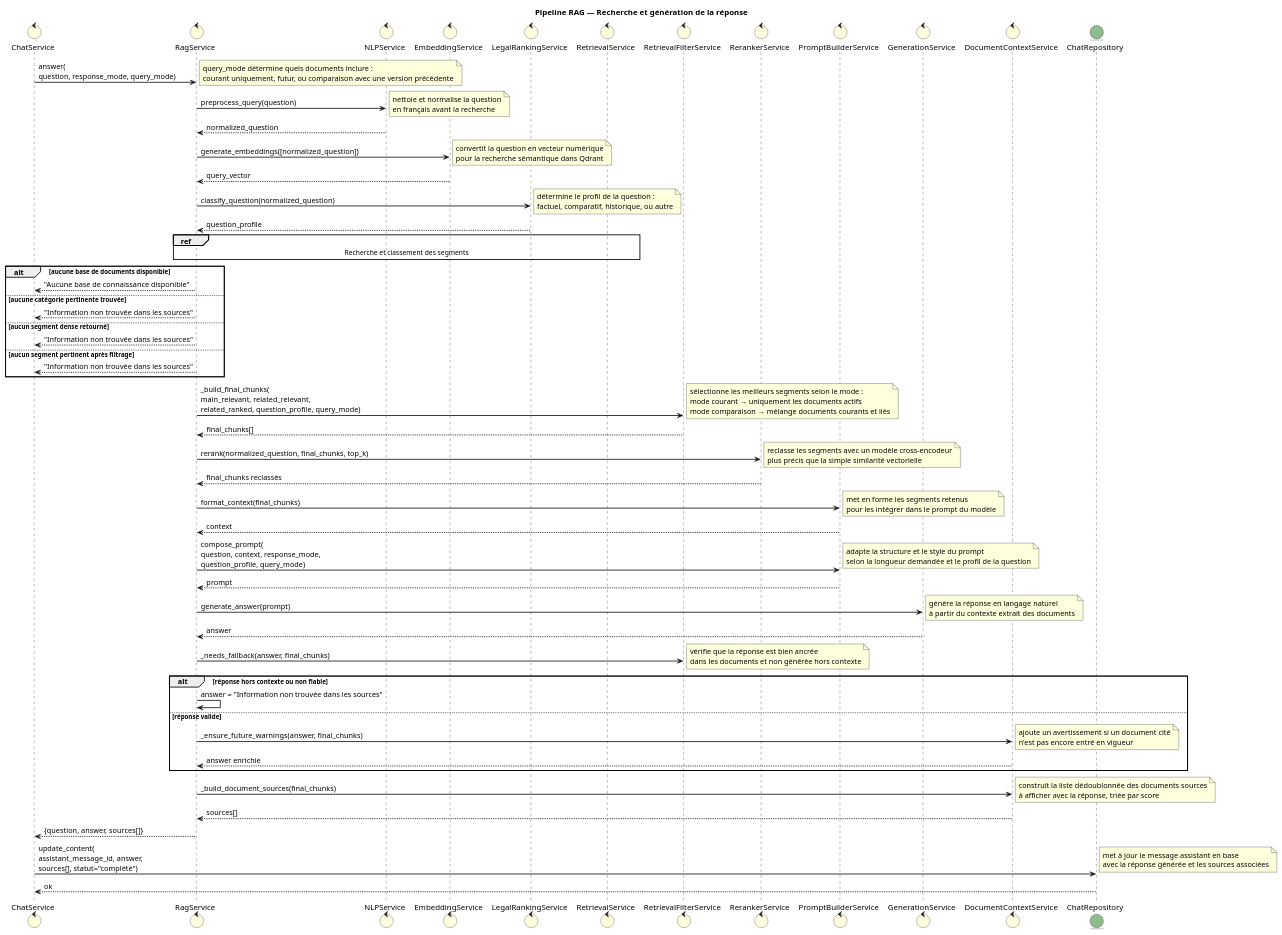
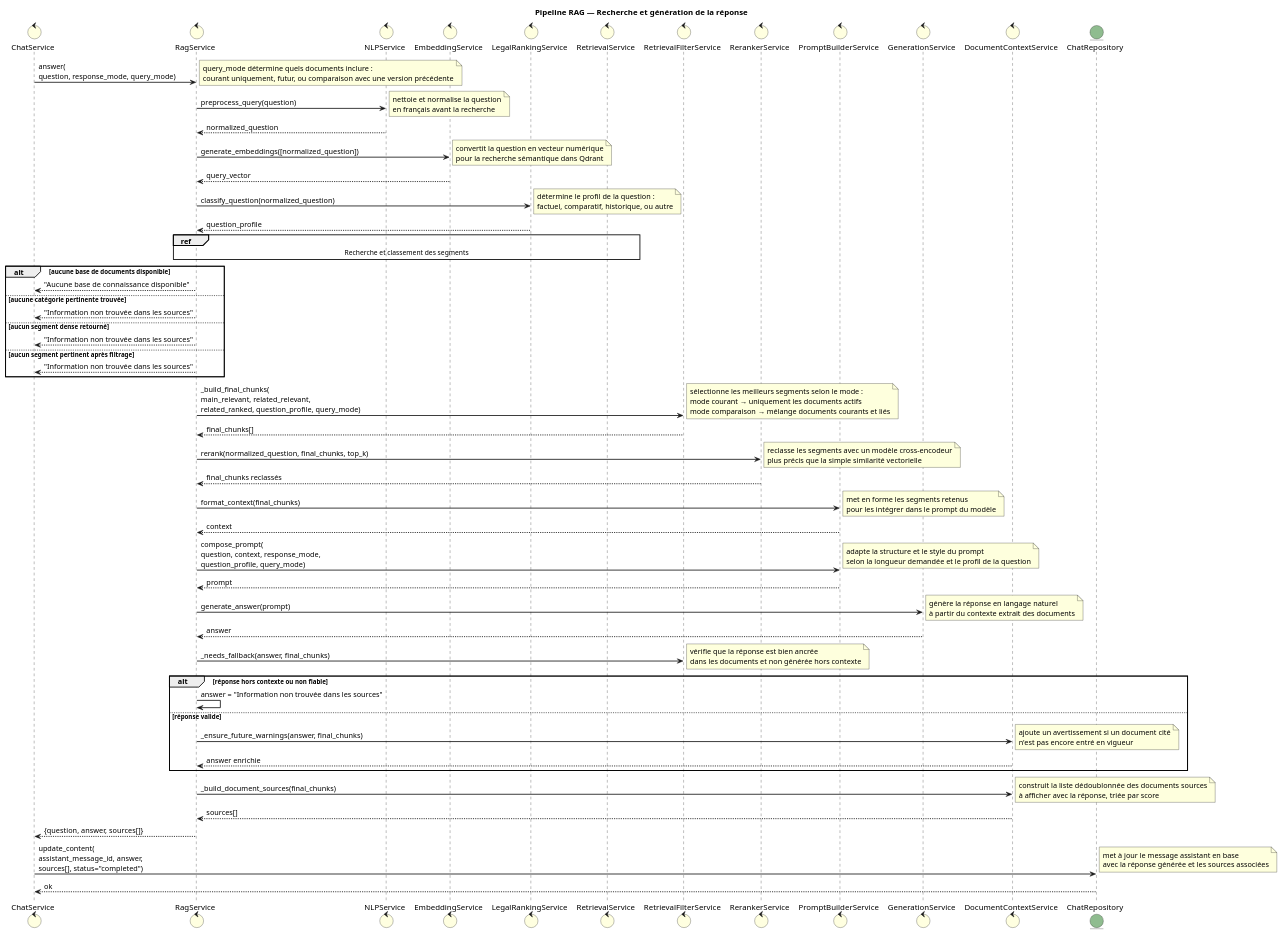
Before and after one commit to stagepfe2026/finance_rag_project: the diagram in diagrams/ask_chat/rag_pipeline.puml, drawn with PlantUML. The commit also changed 66 other files, not shown here.

```diff
--- a/diagrams/ask_chat/rag_pipeline.puml
+++ b/diagrams/ask_chat/rag_pipeline.puml
@@ -1,93 +1,93 @@
 @startuml rag_pipeline
 
 title Pipeline RAG — Recherche et génération de la réponse
 
 skinparam sequenceArrowThickness 1.5
 skinparam sequenceGroupBorderThickness 1.5
 skinparam backgroundColor #ffffff
 skinparam sequenceGroupBodyBackgroundColor transparent
 
 control "ChatService" as ChatService #LightYellow
 control "RagService" as RagService #LightYellow
 control "NLPService" as NLP #LightYellow
 control "EmbeddingService" as Embedding #LightYellow
 control "LegalRankingService" as Ranking #LightYellow
 control "RetrievalService" as Retrieval #LightYellow
 control "RetrievalFilterService" as Filter #LightYellow
 control "RerankerService" as Reranker #LightYellow
 control "PromptBuilderService" as PromptBuilder #LightYellow
 control "GenerationService" as Generation #LightYellow
 control "DocumentContextService" as DocContext #LightYellow
 entity "ChatRepository" as ChatRepo #DarkSeaGreen
 
 ChatService -> RagService : answer(\nquestion, response_mode, query_mode)
 note right : query_mode détermine quels documents inclure :\ncourant uniquement, futur, ou comparaison avec une version précédente
 
 RagService -> NLP : preprocess_query(question)
 note right : nettoie et normalise la question\nen français avant la recherche
 NLP --> RagService : normalized_question
 
 RagService -> Embedding : generate_embeddings([normalized_question])
 note right : convertit la question en vecteur numérique\npour la recherche sémantique dans Qdrant
 Embedding --> RagService : query_vector
 
 RagService -> Ranking : classify_question(normalized_question)
 note right : détermine le profil de la question :\nfactuel, comparatif, historique, ou autre
 Ranking --> RagService : question_profile
 
 ref over RagService, Retrieval
     Recherche et classement des segments
 end ref
 
 alt aucune base de documents disponible
     RagService --> ChatService : "Aucune base de connaissance disponible"
 else aucune catégorie pertinente trouvée
     RagService --> ChatService : "Information non trouvée dans les sources"
 else aucun segment dense retourné
     RagService --> ChatService : "Information non trouvée dans les sources"
 else aucun segment pertinent après filtrage
     RagService --> ChatService : "Information non trouvée dans les sources"
 end
 
 RagService -> Filter : _build_final_chunks(\nmain_relevant, related_relevant,\nrelated_ranked, question_profile, query_mode)
 note right : sélectionne les meilleurs segments selon le mode :\nmode courant → uniquement les documents actifs\nmode comparaison → mélange documents courants et liés
 Filter --> RagService : final_chunks[]
 
 RagService -> Reranker : rerank(normalized_question, final_chunks, top_k)
 note right : reclasse les segments avec un modèle cross-encodeur\nplus précis que la simple similarité vectorielle
 Reranker --> RagService : final_chunks reclassés
 
 RagService -> PromptBuilder : format_context(final_chunks)
 note right : met en forme les segments retenus\npour les intégrer dans le prompt du modèle
 PromptBuilder --> RagService : context
 
 RagService -> PromptBuilder : compose_prompt(\nquestion, context, response_mode,\nquestion_profile, query_mode)
 note right : adapte la structure et le style du prompt\nselon la longueur demandée et le profil de la question
 PromptBuilder --> RagService : prompt
 
 RagService -> Generation : generate_answer(prompt)
 note right : génère la réponse en langage naturel\nà partir du contexte extrait des documents
 Generation --> RagService : answer
 
 RagService -> Filter : _needs_fallback(answer, final_chunks)
 note right : vérifie que la réponse est bien ancrée\ndans les documents et non générée hors contexte
 
 alt réponse hors contexte ou non fiable
     RagService -> RagService : answer = "Information non trouvée dans les sources"
 else réponse valide
     RagService -> DocContext : _ensure_future_warnings(answer, final_chunks)
     note right : ajoute un avertissement si un document cité\nn'est pas encore entré en vigueur
     DocContext --> RagService : answer enrichie
 end
 
 RagService -> DocContext : _build_document_sources(final_chunks)
 note right : construit la liste dédoublonnée des documents sources\nà afficher avec la réponse, triée par score
 DocContext --> RagService : sources[]
 
 RagService --> ChatService : {question, answer, sources[]}
 
-ChatService -> ChatRepo : update_content(\nassistant_message_id, answer,\nsources[], statut="complété")
+ChatService -> ChatRepo : update_content(\nassistant_message_id, answer,\nsources[], status="completed")
 note right : met à jour le message assistant en base\navec la réponse générée et les sources associées
 ChatRepo --> ChatService : ok
 
 @enduml
```
